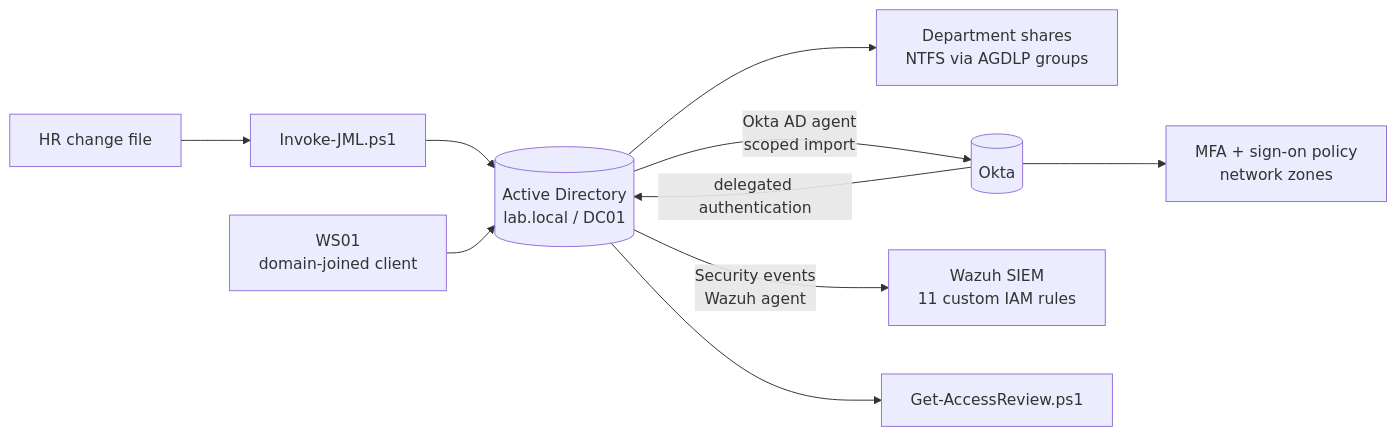
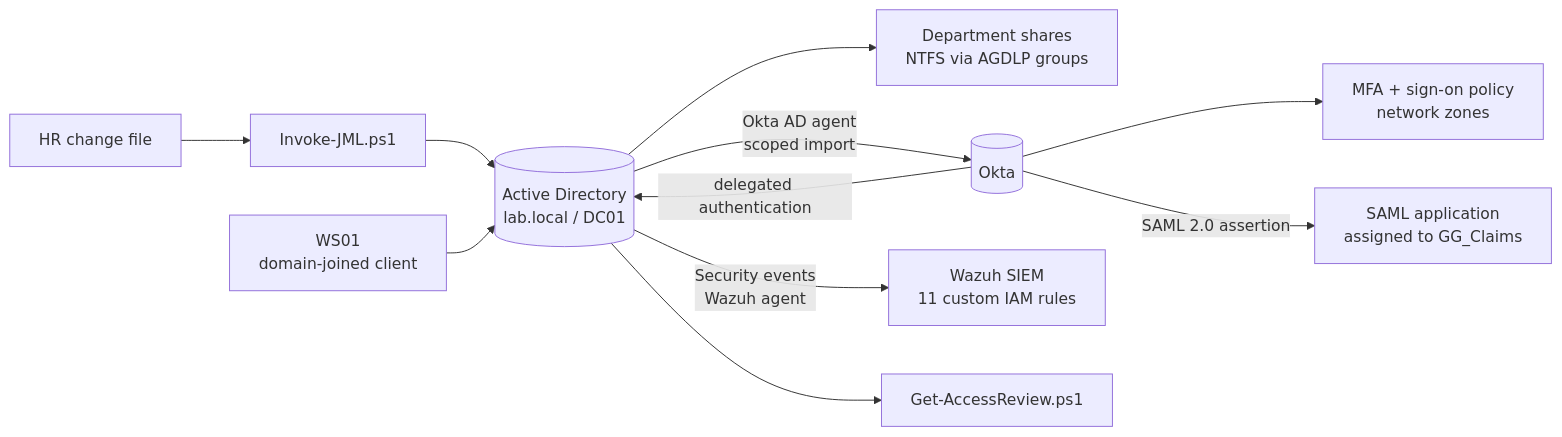
The diagram in README.md (IshSoundankar/iam-hybrid-identity-lab), drawn with Mermaid before and after one commit. The commit also changed other lines of this file and 12 other files, not shown here.

````diff
--- a/README.md
+++ b/README.md
@@ -9,12 +9,13 @@
 ```mermaid
 flowchart LR
     HR[HR change file] --> JML[Invoke-JML.ps1]
     JML --> AD[(Active Directory<br/>lab.local / DC01)]
     AD --> SH[Department shares<br/>NTFS via AGDLP groups]
     WS[WS01<br/>domain-joined client] --> AD
     AD -- Okta AD agent<br/>scoped import --> OKTA[(Okta)]
     OKTA -- delegated authentication --> AD
     OKTA --> POL[MFA + sign-on policy<br/>network zones]
+    OKTA -- SAML 2.0 assertion --> APP[SAML application<br/>assigned to GG_Claims]
     AD -- Security events<br/>Wazuh agent --> WZ[Wazuh SIEM<br/>11 custom IAM rules]
     AD --> AR[Get-AccessReview.ps1]
 ```
````
